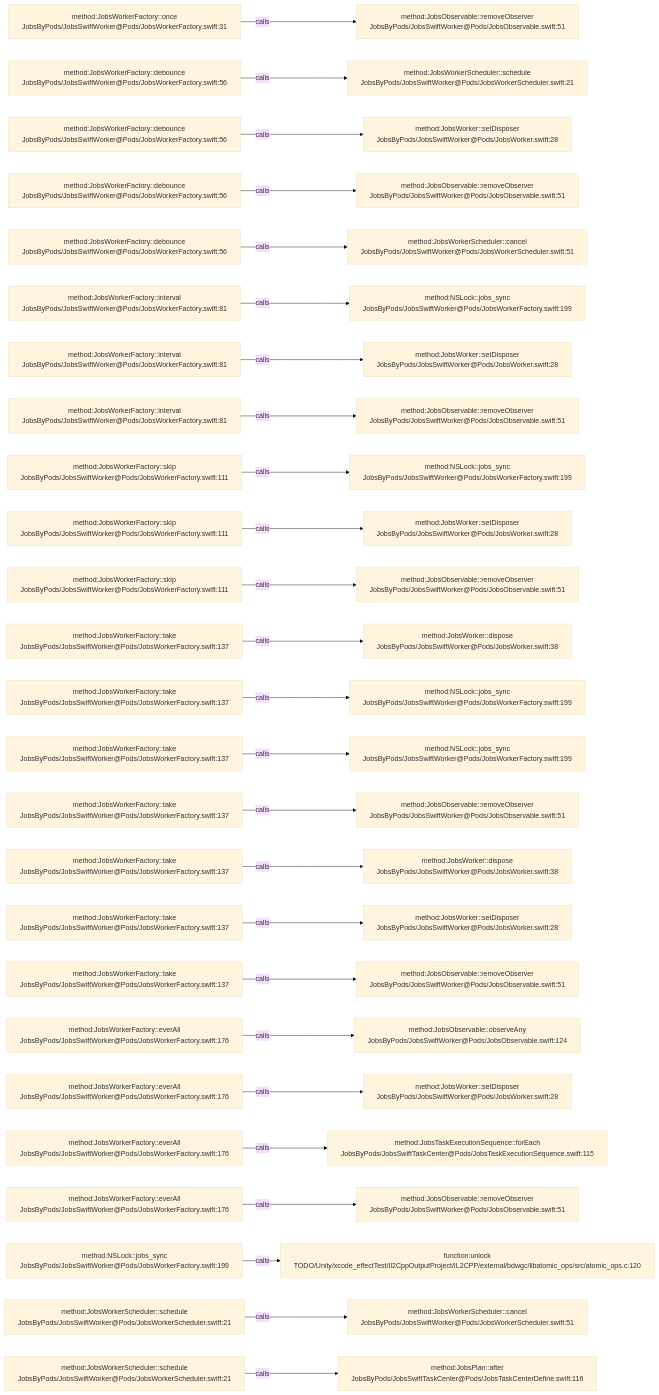
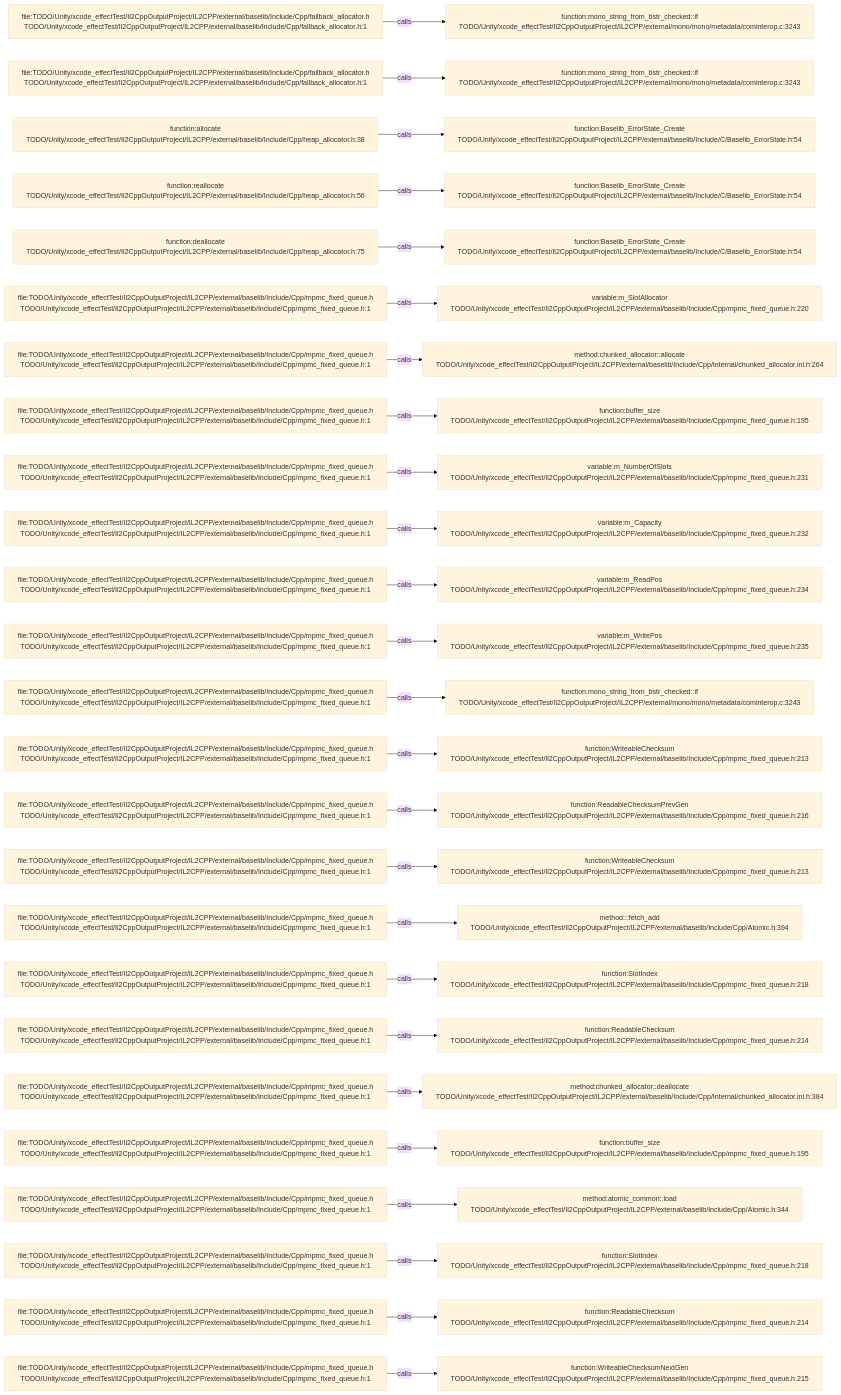
One commit to JobsKits/JobsSwiftBaseConfigDemo changed the diagram in .codegraph/codegraph.md/graphs/calls-070.md. Above: the diagram before and after it, drawn with Mermaid (base theme). The commit also changed 227 other files, not shown here.

````diff
--- a/.codegraph/codegraph.md/graphs/calls-070.md
+++ b/.codegraph/codegraph.md/graphs/calls-070.md
@@ -13,78 +13,78 @@
 ```mermaid
 flowchart LR
-  S1["method:JobsWorkerFactory::once<br/>JobsByPods/JobsSwiftWorker@Pods/JobsWorkerFactory.swift:31"]
-  T1["method:JobsObservable::removeObserver<br/>JobsByPods/JobsSwiftWorker@Pods/JobsObservable.swift:51"]
+  S1["file:TODO/Unity/xcode_effectTest/Il2CppOutputProject/IL2CPP/external/baselib/Include/Cpp/fallback_allocator.h<br/>TODO/Unity/xcode_effectTest/Il2CppOutputProject/IL2CPP/external/baselib/Include/Cpp/fallback_allocator.h:1"]
+  T1["function:mono_string_from_bstr_checked::if<br/>TODO/Unity/xcode_effectTest/Il2CppOutputProject/IL2CPP/external/mono/mono/metadata/cominterop.c:3243"]
   S1 -->|calls| T1
-  S2["method:JobsWorkerFactory::debounce<br/>JobsByPods/JobsSwiftWorker@Pods/JobsWorkerFactory.swift:56"]
-  T2["method:JobsWorkerScheduler::schedule<br/>JobsByPods/JobsSwiftWorker@Pods/JobsWorkerScheduler.swift:21"]
+  S2["file:TODO/Unity/xcode_effectTest/Il2CppOutputProject/IL2CPP/external/baselib/Include/Cpp/fallback_allocator.h<br/>TODO/Unity/xcode_effectTest/Il2CppOutputProject/IL2CPP/external/baselib/Include/Cpp/fallback_allocator.h:1"]
+  T2["function:mono_string_from_bstr_checked::if<br/>TODO/Unity/xcode_effectTest/Il2CppOutputProject/IL2CPP/external/mono/mono/metadata/cominterop.c:3243"]
   S2 -->|calls| T2
-  S3["method:JobsWorkerFactory::debounce<br/>JobsByPods/JobsSwiftWorker@Pods/JobsWorkerFactory.swift:56"]
-  T3["method:JobsWorker::setDisposer<br/>JobsByPods/JobsSwiftWorker@Pods/JobsWorker.swift:28"]
+  S3["function:allocate<br/>TODO/Unity/xcode_effectTest/Il2CppOutputProject/IL2CPP/external/baselib/Include/Cpp/heap_allocator.h:38"]
+  T3["function:Baselib_ErrorState_Create<br/>TODO/Unity/xcode_effectTest/Il2CppOutputProject/IL2CPP/external/baselib/Include/C/Baselib_ErrorState.h:54"]
   S3 -->|calls| T3
-  S4["method:JobsWorkerFactory::debounce<br/>JobsByPods/JobsSwiftWorker@Pods/JobsWorkerFactory.swift:56"]
-  T4["method:JobsObservable::removeObserver<br/>JobsByPods/JobsSwiftWorker@Pods/JobsObservable.swift:51"]
+  S4["function:reallocate<br/>TODO/Unity/xcode_effectTest/Il2CppOutputProject/IL2CPP/external/baselib/Include/Cpp/heap_allocator.h:56"]
+  T4["function:Baselib_ErrorState_Create<br/>TODO/Unity/xcode_effectTest/Il2CppOutputProject/IL2CPP/external/baselib/Include/C/Baselib_ErrorState.h:54"]
   S4 -->|calls| T4
-  S5["method:JobsWorkerFactory::debounce<br/>JobsByPods/JobsSwiftWorker@Pods/JobsWorkerFactory.swift:56"]
-  T5["method:JobsWorkerScheduler::cancel<br/>JobsByPods/JobsSwiftWorker@Pods/JobsWorkerScheduler.swift:51"]
+  S5["function:deallocate<br/>TODO/Unity/xcode_effectTest/Il2CppOutputProject/IL2CPP/external/baselib/Include/Cpp/heap_allocator.h:75"]
+  T5["function:Baselib_ErrorState_Create<br/>TODO/Unity/xcode_effectTest/Il2CppOutputProject/IL2CPP/external/baselib/Include/C/Baselib_ErrorState.h:54"]
   S5 -->|calls| T5
-  S6["method:JobsWorkerFactory::interval<br/>JobsByPods/JobsSwiftWorker@Pods/JobsWorkerFactory.swift:81"]
-  T6["method:NSLock::jobs_sync<br/>JobsByPods/JobsSwiftWorker@Pods/JobsWorkerFactory.swift:199"]
+  S6["file:TODO/Unity/xcode_effectTest/Il2CppOutputProject/IL2CPP/external/baselib/Include/Cpp/mpmc_fixed_queue.h<br/>TODO/Unity/xcode_effectTest/Il2CppOutputProject/IL2CPP/external/baselib/Include/Cpp/mpmc_fixed_queue.h:1"]
+  T6["variable:m_SlotAllocator<br/>TODO/Unity/xcode_effectTest/Il2CppOutputProject/IL2CPP/external/baselib/Include/Cpp/mpmc_fixed_queue.h:220"]
   S6 -->|calls| T6
-  S7["method:JobsWorkerFactory::interval<br/>JobsByPods/JobsSwiftWorker@Pods/JobsWorkerFactory.swift:81"]
-  T7["method:JobsWorker::setDisposer<br/>JobsByPods/JobsSwiftWorker@Pods/JobsWorker.swift:28"]
+  S7["file:TODO/Unity/xcode_effectTest/Il2CppOutputProject/IL2CPP/external/baselib/Include/Cpp/mpmc_fixed_queue.h<br/>TODO/Unity/xcode_effectTest/Il2CppOutputProject/IL2CPP/external/baselib/Include/Cpp/mpmc_fixed_queue.h:1"]
+  T7["method:chunked_allocator::allocate<br/>TODO/Unity/xcode_effectTest/Il2CppOutputProject/IL2CPP/external/baselib/Include/Cpp/Internal/chunked_allocator.inl.h:264"]
   S7 -->|calls| T7
-  S8["method:JobsWorkerFactory::interval<br/>JobsByPods/JobsSwiftWorker@Pods/JobsWorkerFactory.swift:81"]
-  T8["method:JobsObservable::removeObserver<br/>JobsByPods/JobsSwiftWorker@Pods/JobsObservable.swift:51"]
+  S8["file:TODO/Unity/xcode_effectTest/Il2CppOutputProject/IL2CPP/external/baselib/Include/Cpp/mpmc_fixed_queue.h<br/>TODO/Unity/xcode_effectTest/Il2CppOutputProject/IL2CPP/external/baselib/Include/Cpp/mpmc_fixed_queue.h:1"]
+  T8["function:buffer_size<br/>TODO/Unity/xcode_effectTest/Il2CppOutputProject/IL2CPP/external/baselib/Include/Cpp/mpmc_fixed_queue.h:195"]
   S8 -->|calls| T8
-  S9["method:JobsWorkerFactory::skip<br/>JobsByPods/JobsSwiftWorker@Pods/JobsWorkerFactory.swift:111"]
-  T9["method:NSLock::jobs_sync<br/>JobsByPods/JobsSwiftWorker@Pods/JobsWorkerFactory.swift:199"]
+  S9["file:TODO/Unity/xcode_effectTest/Il2CppOutputProject/IL2CPP/external/baselib/Include/Cpp/mpmc_fixed_queue.h<br/>TODO/Unity/xcode_effectTest/Il2CppOutputProject/IL2CPP/external/baselib/Include/Cpp/mpmc_fixed_queue.h:1"]
+  T9["variable:m_NumberOfSlots<br/>TODO/Unity/xcode_effectTest/Il2CppOutputProject/IL2CPP/external/baselib/Include/Cpp/mpmc_fixed_queue.h:231"]
   S9 -->|calls| T9
-  S10["method:JobsWorkerFactory::skip<br/>JobsByPods/JobsSwiftWorker@Pods/JobsWorkerFactory.swift:111"]
-  T10["method:JobsWorker::setDisposer<br/>JobsByPods/JobsSwiftWorker@Pods/JobsWorker.swift:28"]
+  S10["file:TODO/Unity/xcode_effectTest/Il2CppOutputProject/IL2CPP/external/baselib/Include/Cpp/mpmc_fixed_queue.h<br/>TODO/Unity/xcode_effectTest/Il2CppOutputProject/IL2CPP/external/baselib/Include/Cpp/mpmc_fixed_queue.h:1"]
+  T10["variable:m_Capacity<br/>TODO/Unity/xcode_effectTest/Il2CppOutputProject/IL2CPP/external/baselib/Include/Cpp/mpmc_fixed_queue.h:232"]
   S10 -->|calls| T10
-  S11["method:JobsWorkerFactory::skip<br/>JobsByPods/JobsSwiftWorker@Pods/JobsWorkerFactory.swift:111"]
-  T11["method:JobsObservable::removeObserver<br/>JobsByPods/JobsSwiftWorker@Pods/JobsObservable.swift:51"]
+  S11["file:TODO/Unity/xcode_effectTest/Il2CppOutputProject/IL2CPP/external/baselib/Include/Cpp/mpmc_fixed_queue.h<br/>TODO/Unity/xcode_effectTest/Il2CppOutputProject/IL2CPP/external/baselib/Include/Cpp/mpmc_fixed_queue.h:1"]
+  T11["variable:m_ReadPos<br/>TODO/Unity/xcode_effectTest/Il2CppOutputProject/IL2CPP/external/baselib/Include/Cpp/mpmc_fixed_queue.h:234"]
   S11 -->|calls| T11
-  S12["method:JobsWorkerFactory::take<br/>JobsByPods/JobsSwiftWorker@Pods/JobsWorkerFactory.swift:137"]
-  T12["method:JobsWorker::dispose<br/>JobsByPods/JobsSwiftWorker@Pods/JobsWorker.swift:38"]
+  S12["file:TODO/Unity/xcode_effectTest/Il2CppOutputProject/IL2CPP/external/baselib/Include/Cpp/mpmc_fixed_queue.h<br/>TODO/Unity/xcode_effectTest/Il2CppOutputProject/IL2CPP/external/baselib/Include/Cpp/mpmc_fixed_queue.h:1"]
+  T12["variable:m_WritePos<br/>TODO/Unity/xcode_effectTest/Il2CppOutputProject/IL2CPP/external/baselib/Include/Cpp/mpmc_fixed_queue.h:235"]
   S12 -->|calls| T12
-  S13["method:JobsWorkerFactory::take<br/>JobsByPods/JobsSwiftWorker@Pods/JobsWorkerFactory.swift:137"]
-  T13["method:NSLock::jobs_sync<br/>JobsByPods/JobsSwiftWorker@Pods/JobsWorkerFactory.swift:199"]
+  S13["file:TODO/Unity/xcode_effectTest/Il2CppOutputProject/IL2CPP/external/baselib/Include/Cpp/mpmc_fixed_queue.h<br/>TODO/Unity/xcode_effectTest/Il2CppOutputProject/IL2CPP/external/baselib/Include/Cpp/mpmc_fixed_queue.h:1"]
+  T13["function:mono_string_from_bstr_checked::if<br/>TODO/Unity/xcode_effectTest/Il2CppOutputProject/IL2CPP/external/mono/mono/metadata/cominterop.c:3243"]
   S13 -->|calls| T13
-  S14["method:JobsWorkerFactory::take<br/>JobsByPods/JobsSwiftWorker@Pods/JobsWorkerFactory.swift:137"]
-  T14["method:NSLock::jobs_sync<br/>JobsByPods/JobsSwiftWorker@Pods/JobsWorkerFactory.swift:199"]
+  S14["file:TODO/Unity/xcode_effectTest/Il2CppOutputProject/IL2CPP/external/baselib/Include/Cpp/mpmc_fixed_queue.h<br/>TODO/Unity/xcode_effectTest/Il2CppOutputProject/IL2CPP/external/baselib/Include/Cpp/mpmc_fixed_queue.h:1"]
+  T14["function:WriteableChecksum<br/>TODO/Unity/xcode_effectTest/Il2CppOutputProject/IL2CPP/external/baselib/Include/Cpp/mpmc_fixed_queue.h:213"]
   S14 -->|calls| T14
-  S15["method:JobsWorkerFactory::take<br/>JobsByPods/JobsSwiftWorker@Pods/JobsWorkerFactory.swift:137"]
-  T15["method:JobsObservable::removeObserver<br/>JobsByPods/JobsSwiftWorker@Pods/JobsObservable.swift:51"]
+  S15["file:TODO/Unity/xcode_effectTest/Il2CppOutputProject/IL2CPP/external/baselib/Include/Cpp/mpmc_fixed_queue.h<br/>TODO/Unity/xcode_effectTest/Il2CppOutputProject/IL2CPP/external/baselib/Include/Cpp/mpmc_fixed_queue.h:1"]
+  T15["function:ReadableChecksumPrevGen<br/>TODO/Unity/xcode_effectTest/Il2CppOutputProject/IL2CPP/external/baselib/Include/Cpp/mpmc_fixed_queue.h:216"]
   S15 -->|calls| T15
-  S16["method:JobsWorkerFactory::take<br/>JobsByPods/JobsSwiftWorker@Pods/JobsWorkerFactory.swift:137"]
-  T16["method:JobsWorker::dispose<br/>JobsByPods/JobsSwiftWorker@Pods/JobsWorker.swift:38"]
+  S16["file:TODO/Unity/xcode_effectTest/Il2CppOutputProject/IL2CPP/external/baselib/Include/Cpp/mpmc_fixed_queue.h<br/>TODO/Unity/xcode_effectTest/Il2CppOutputProject/IL2CPP/external/baselib/Include/Cpp/mpmc_fixed_queue.h:1"]
+  T16["function:WriteableChecksum<br/>TODO/Unity/xcode_effectTest/Il2CppOutputProject/IL2CPP/external/baselib/Include/Cpp/mpmc_fixed_queue.h:213"]
   S16 -->|calls| T16
-  S17["method:JobsWorkerFactory::take<br/>JobsByPods/JobsSwiftWorker@Pods/JobsWorkerFactory.swift:137"]
-  T17["method:JobsWorker::setDisposer<br/>JobsByPods/JobsSwiftWorker@Pods/JobsWorker.swift:28"]
+  S17["file:TODO/Unity/xcode_effectTest/Il2CppOutputProject/IL2CPP/external/baselib/Include/Cpp/mpmc_fixed_queue.h<br/>TODO/Unity/xcode_effectTest/Il2CppOutputProject/IL2CPP/external/baselib/Include/Cpp/mpmc_fixed_queue.h:1"]
+  T17["method:<anonymous>::fetch_add<br/>TODO/Unity/xcode_effectTest/Il2CppOutputProject/IL2CPP/external/baselib/Include/Cpp/Atomic.h:394"]
   S17 -->|calls| T17
-  S18["method:JobsWorkerFactory::take<br/>JobsByPods/JobsSwiftWorker@Pods/JobsWorkerFactory.swift:137"]
-  T18["method:JobsObservable::removeObserver<br/>JobsByPods/JobsSwiftWorker@Pods/JobsObservable.swift:51"]
+  S18["file:TODO/Unity/xcode_effectTest/Il2CppOutputProject/IL2CPP/external/baselib/Include/Cpp/mpmc_fixed_queue.h<br/>TODO/Unity/xcode_effectTest/Il2CppOutputProject/IL2CPP/external/baselib/Include/Cpp/mpmc_fixed_queue.h:1"]
+  T18["function:SlotIndex<br/>TODO/Unity/xcode_effectTest/Il2CppOutputProject/IL2CPP/external/baselib/Include/Cpp/mpmc_fixed_queue.h:218"]
   S18 -->|calls| T18
-  S19["method:JobsWorkerFactory::everAll<br/>JobsByPods/JobsSwiftWorker@Pods/JobsWorkerFactory.swift:176"]
-  T19["method:JobsObservable::observeAny<br/>JobsByPods/JobsSwiftWorker@Pods/JobsObservable.swift:124"]
+  S19["file:TODO/Unity/xcode_effectTest/Il2CppOutputProject/IL2CPP/external/baselib/Include/Cpp/mpmc_fixed_queue.h<br/>TODO/Unity/xcode_effectTest/Il2CppOutputProject/IL2CPP/external/baselib/Include/Cpp/mpmc_fixed_queue.h:1"]
+  T19["function:ReadableChecksum<br/>TODO/Unity/xcode_effectTest/Il2CppOutputProject/IL2CPP/external/baselib/Include/Cpp/mpmc_fixed_queue.h:214"]
   S19 -->|calls| T19
-  S20["method:JobsWorkerFactory::everAll<br/>JobsByPods/JobsSwiftWorker@Pods/JobsWorkerFactory.swift:176"]
-  T20["method:JobsWorker::setDisposer<br/>JobsByPods/JobsSwiftWorker@Pods/JobsWorker.swift:28"]
+  S20["file:TODO/Unity/xcode_effectTest/Il2CppOutputProject/IL2CPP/external/baselib/Include/Cpp/mpmc_fixed_queue.h<br/>TODO/Unity/xcode_effectTest/Il2CppOutputProject/IL2CPP/external/baselib/Include/Cpp/mpmc_fixed_queue.h:1"]
+  T20["method:chunked_allocator::deallocate<br/>TODO/Unity/xcode_effectTest/Il2CppOutputProject/IL2CPP/external/baselib/Include/Cpp/Internal/chunked_allocator.inl.h:384"]
   S20 -->|calls| T20
-  S21["method:JobsWorkerFactory::everAll<br/>JobsByPods/JobsSwiftWorker@Pods/JobsWorkerFactory.swift:176"]
-  T21["method:JobsTaskExecutionSequence::forEach<br/>JobsByPods/JobsSwiftTaskCenter@Pods/JobsTaskExecutionSequence.swift:115"]
+  S21["file:TODO/Unity/xcode_effectTest/Il2CppOutputProject/IL2CPP/external/baselib/Include/Cpp/mpmc_fixed_queue.h<br/>TODO/Unity/xcode_effectTest/Il2CppOutputProject/IL2CPP/external/baselib/Include/Cpp/mpmc_fixed_queue.h:1"]
+  T21["function:buffer_size<br/>TODO/Unity/xcode_effectTest/Il2CppOutputProject/IL2CPP/external/baselib/Include/Cpp/mpmc_fixed_queue.h:195"]
   S21 -->|calls| T21
-  S22["method:JobsWorkerFactory::everAll<br/>JobsByPods/JobsSwiftWorker@Pods/JobsWorkerFactory.swift:176"]
-  T22["method:JobsObservable::removeObserver<br/>JobsByPods/JobsSwiftWorker@Pods/JobsObservable.swift:51"]
+  S22["file:TODO/Unity/xcode_effectTest/Il2CppOutputProject/IL2CPP/external/baselib/Include/Cpp/mpmc_fixed_queue.h<br/>TODO/Unity/xcode_effectTest/Il2CppOutputProject/IL2CPP/external/baselib/Include/Cpp/mpmc_fixed_queue.h:1"]
+  T22["method:atomic_common::load<br/>TODO/Unity/xcode_effectTest/Il2CppOutputProject/IL2CPP/external/baselib/Include/Cpp/Atomic.h:344"]
   S22 -->|calls| T22
-  S23["method:NSLock::jobs_sync<br/>JobsByPods/JobsSwiftWorker@Pods/JobsWorkerFactory.swift:199"]
-  T23["function:unlock<br/>TODO/Unity/xcode_effectTest/Il2CppOutputProject/IL2CPP/external/bdwgc/libatomic_ops/src/atomic_ops.c:120"]
+  S23["file:TODO/Unity/xcode_effectTest/Il2CppOutputProject/IL2CPP/external/baselib/Include/Cpp/mpmc_fixed_queue.h<br/>TODO/Unity/xcode_effectTest/Il2CppOutputProject/IL2CPP/external/baselib/Include/Cpp/mpmc_fixed_queue.h:1"]
+  T23["function:SlotIndex<br/>TODO/Unity/xcode_effectTest/Il2CppOutputProject/IL2CPP/external/baselib/Include/Cpp/mpmc_fixed_queue.h:218"]
   S23 -->|calls| T23
-  S24["method:JobsWorkerScheduler::schedule<br/>JobsByPods/JobsSwiftWorker@Pods/JobsWorkerScheduler.swift:21"]
-  T24["method:JobsWorkerScheduler::cancel<br/>JobsByPods/JobsSwiftWorker@Pods/JobsWorkerScheduler.swift:51"]
+  S24["file:TODO/Unity/xcode_effectTest/Il2CppOutputProject/IL2CPP/external/baselib/Include/Cpp/mpmc_fixed_queue.h<br/>TODO/Unity/xcode_effectTest/Il2CppOutputProject/IL2CPP/external/baselib/Include/Cpp/mpmc_fixed_queue.h:1"]
+  T24["function:ReadableChecksum<br/>TODO/Unity/xcode_effectTest/Il2CppOutputProject/IL2CPP/external/baselib/Include/Cpp/mpmc_fixed_queue.h:214"]
   S24 -->|calls| T24
-  S25["method:JobsWorkerScheduler::schedule<br/>JobsByPods/JobsSwiftWorker@Pods/JobsWorkerScheduler.swift:21"]
-  T25["method:JobsPlan::after<br/>JobsByPods/JobsSwiftTaskCenter@Pods/JobsTaskCenterDefine.swift:116"]
+  S25["file:TODO/Unity/xcode_effectTest/Il2CppOutputProject/IL2CPP/external/baselib/Include/Cpp/mpmc_fixed_queue.h<br/>TODO/Unity/xcode_effectTest/Il2CppOutputProject/IL2CPP/external/baselib/Include/Cpp/mpmc_fixed_queue.h:1"]
+  T25["function:WriteableChecksumNextGen<br/>TODO/Unity/xcode_effectTest/Il2CppOutputProject/IL2CPP/external/baselib/Include/Cpp/mpmc_fixed_queue.h:215"]
   S25 -->|calls| T25
 ```
````
